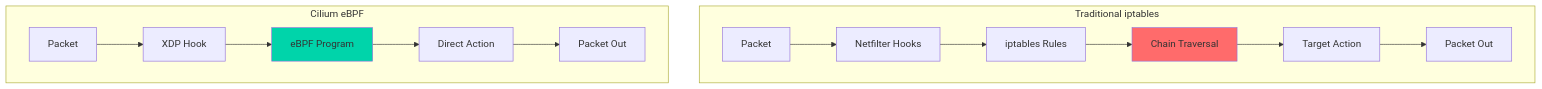
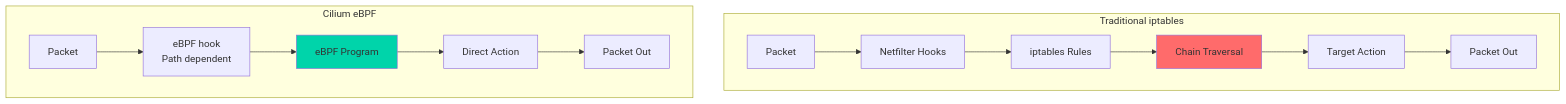
Before and after one commit to devfloor9/engineering-playbook: the first of 6 diagrams in i18n/en/docusaurus-plugin-content-docs/current/eks-best-practices/networking-performance/gateway-api-adoption-guide/cilium-eni-gateway-api.md, drawn with Mermaid. The commit also changed other lines of this file and 7 other files, not shown here.

````diff
--- a/i18n/en/docusaurus-plugin-content-docs/current/eks-best-practices/networking-performance/gateway-api-adoption-guide/cilium-eni-gateway-api.md
+++ b/i18n/en/docusaurus-plugin-content-docs/current/eks-best-practices/networking-performance/gateway-api-adoption-guide/cilium-eni-gateway-api.md
@@ -44,20 +44,20 @@
 ```mermaid
 graph TB
     subgraph "Traditional iptables"
         A[Packet] --> B[Netfilter Hooks]
         B --> C[iptables Rules]
         C --> D[Chain Traversal]
         D --> E[Target Action]
         E --> F[Packet Out]
     end
 
     subgraph "Cilium eBPF"
-        G[Packet] --> H[XDP Hook]
+        G[Packet] --> H[eBPF hook<br/>Path dependent]
         H --> I[eBPF Program]
         I --> J[Direct Action]
         J --> K[Packet Out]
     end
 
     style I fill:#00D4AA
     style D fill:#FF6B6B
 ```
````
